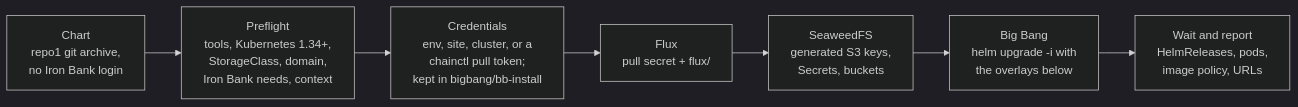
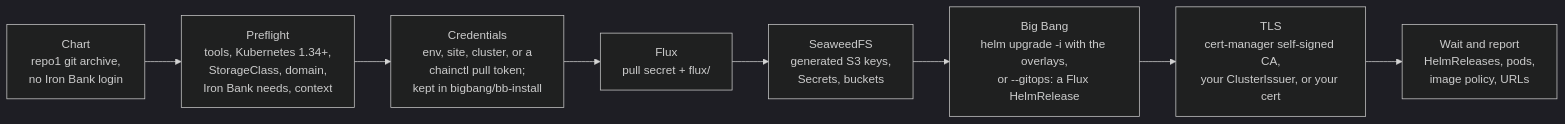
The fourth of 9 diagrams in docs/architecture.md (Zapata-Technology/bigbang-chainguard), drawn with Mermaid (dark theme) before and after one commit. The commit also changed 14 other files, not shown here.

First line of the commit message:
Install: TLS for the domain, versioned releases, GitOps mode, pull-token cleanup

````diff
--- a/docs/architecture.md
+++ b/docs/architecture.md
@@ -112,9 +112,10 @@
 ```mermaid
 flowchart LR
     CH[Chart<br/>repo1 git archive,<br/>no Iron Bank login] --> PF[Preflight<br/>tools, Kubernetes 1.34+,<br/>StorageClass, domain,<br/>Iron Bank needs, context]
     PF --> CR[Credentials<br/>env, site, cluster, or a<br/>chainctl pull token;<br/>kept in bigbang/bb-install]
     CR --> FX[Flux<br/>pull secret + flux/]
     FX --> SW[SeaweedFS<br/>generated S3 keys,<br/>Secrets, buckets]
-    SW --> BB[Big Bang<br/>helm upgrade -i with<br/>the overlays below]
-    BB --> W[Wait and report<br/>HelmReleases, pods,<br/>image policy, URLs]
+    SW --> BB[Big Bang<br/>helm upgrade -i with the overlays,<br/>or --gitops: a Flux HelmRelease]
+    BB --> TL[TLS<br/>cert-manager self-signed CA,<br/>your ClusterIssuer, or your cert]
+    TL --> W[Wait and report<br/>HelmReleases, pods,<br/>image policy, URLs]
 ```
````
